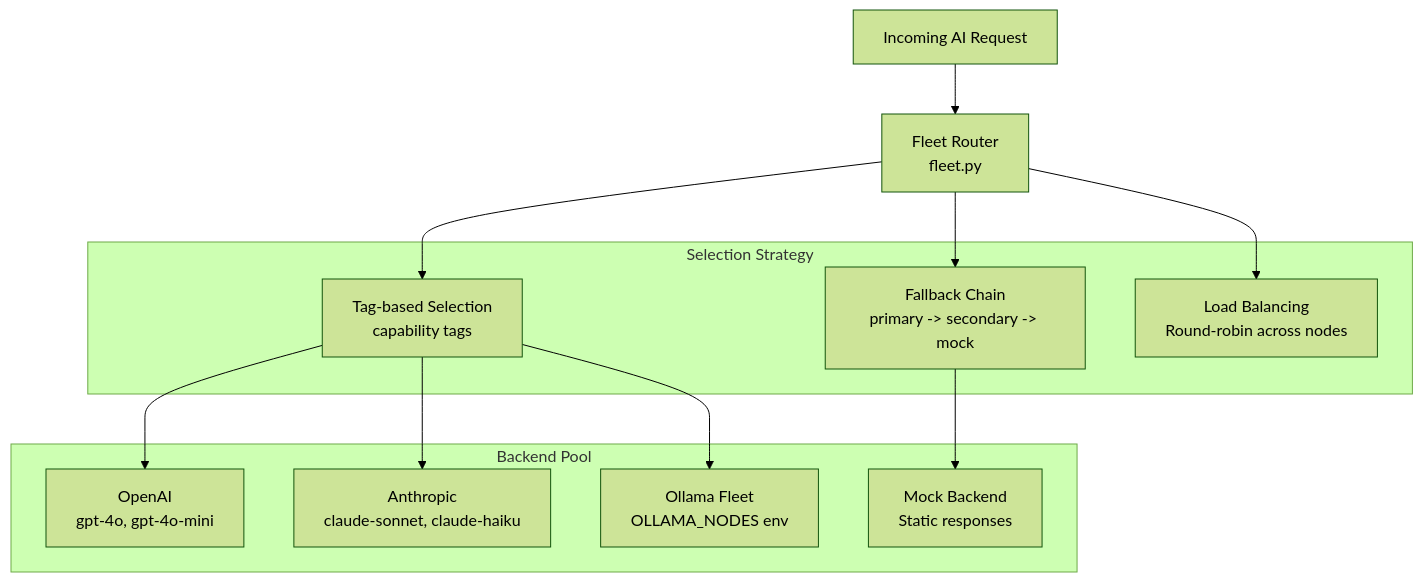
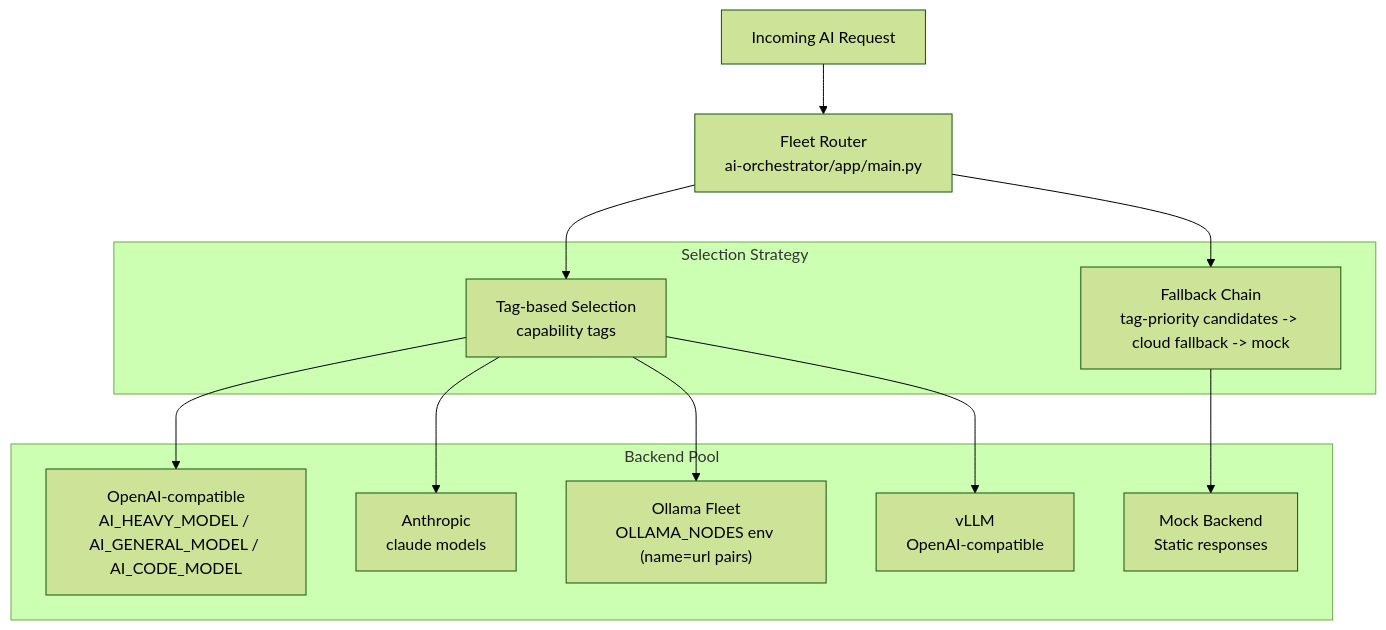
Before and after one commit to mblanke/TrueNorth: diagram 14 of 15 in docs/architecture.md, drawn with Mermaid (forest theme). The commit also changed other lines of this file, not shown here.

Commit message:
uncommitted at end of run w-dc-architecture-r1 (collected by tn-run.sh)

````diff
--- a/docs/architecture.md
+++ b/docs/architecture.md
@@ -743,27 +761,27 @@
 ```mermaid
 graph TB
     REQ["Incoming AI Request"]
-    FLEET["Fleet Router<br/>fleet.py"]
+    FLEET["Fleet Router<br/>ai-orchestrator/app/main.py"]
 
     subgraph "Backend Pool"
-        OAI["OpenAI<br/>gpt-4o, gpt-4o-mini"]
-        ANT["Anthropic<br/>claude-sonnet, claude-haiku"]
-        OLL["Ollama Fleet<br/>OLLAMA_NODES env"]
+        OAI["OpenAI-compatible<br/>AI_HEAVY_MODEL / AI_GENERAL_MODEL / AI_CODE_MODEL"]
+        ANT["Anthropic<br/>claude models"]
+        OLL["Ollama Fleet<br/>OLLAMA_NODES env (name=url pairs)"]
+        VLLM["vLLM<br/>OpenAI-compatible"]
         MOCK["Mock Backend<br/>Static responses"]
     end
 
     subgraph "Selection Strategy"
         TAG["Tag-based Selection<br/>capability tags"]
-        FB["Fallback Chain<br/>primary -> secondary -> mock"]
-        LB_AI["Load Balancing<br/>Round-robin across nodes"]
+        FB["Fallback Chain<br/>tag-priority candidates -> cloud fallback -> mock"]
     end
 
     REQ --> FLEET
     FLEET --> TAG
     FLEET --> FB
-    FLEET --> LB_AI
     TAG --> OAI
     TAG --> ANT
     TAG --> OLL
+    TAG --> VLLM
     FB --> MOCK
 ```
````
